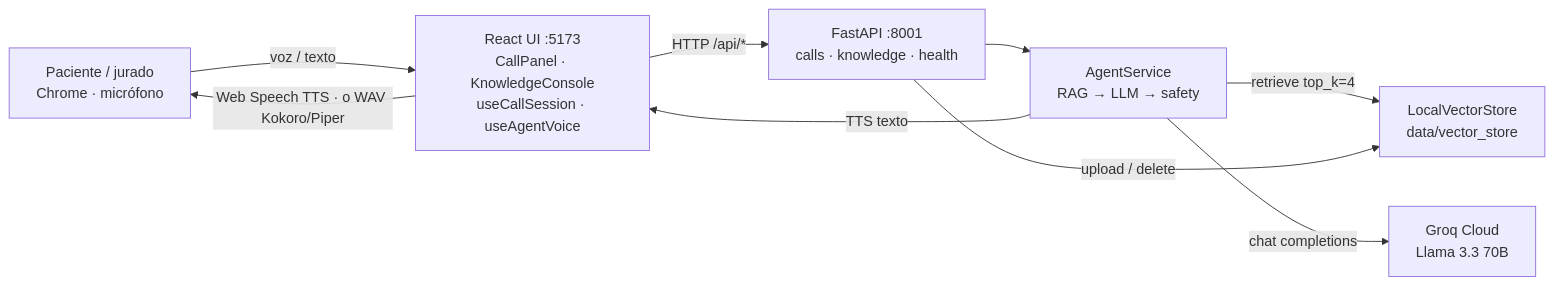
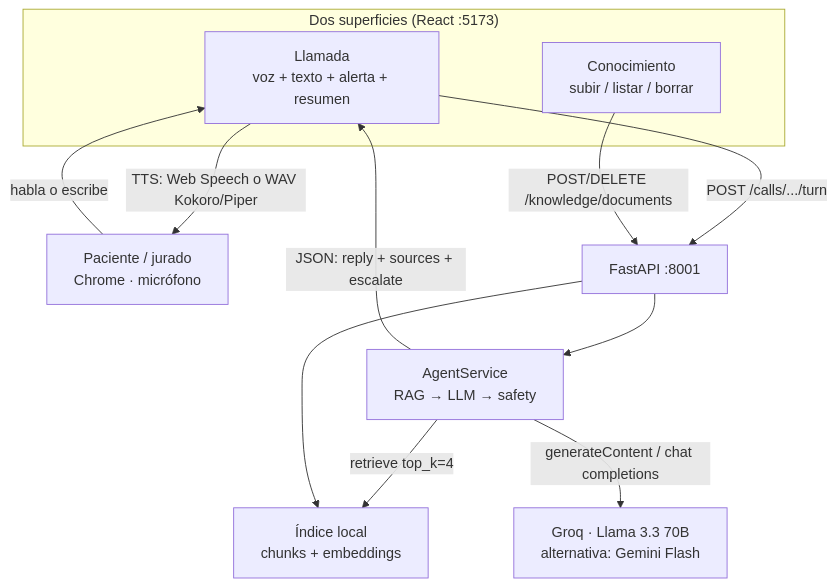
The first of 6 diagrams in ARCHITECTURE.md (jfernand196/tech-sphere-voice-agent), drawn with Mermaid before and after one commit. The commit also changed other lines of this file, not shown here.

Commit message:
Rewrite architecture doc so a jury can audit boxes against code.

````diff
--- a/ARCHITECTURE.md
+++ b/ARCHITECTURE.md
@@ -12,18 +27,23 @@
 ```mermaid
-flowchart LR
+flowchart TB
+  subgraph superficies["Dos superficies (React :5173)"]
+    Call["Llamada<br/>voz + texto + alerta + resumen"]
+    Know["Conocimiento<br/>subir / listar / borrar"]
+  end
+
   Paciente["Paciente / jurado<br/>Chrome · micrófono"]
-  UI["React UI :5173<br/>CallPanel · KnowledgeConsole<br/>useCallSession · useAgentVoice"]
-  API["FastAPI :8001<br/>calls · knowledge · health"]
+  API["FastAPI :8001"]
   Agent["AgentService<br/>RAG → LLM → safety"]
-  Groq["Groq Cloud<br/>Llama 3.3 70B"]
-  Store["LocalVectorStore<br/>data/vector_store"]
+  Store["Índice local<br/>chunks + embeddings"]
+  LLM["Groq · Llama 3.3 70B<br/>alternativa: Gemini Flash"]
 
-  Paciente -->|voz / texto| UI
-  UI -->|HTTP /api/*| API
+  Paciente -->|habla o escribe| Call
+  Call -->|POST /calls/.../turn| API
+  Know -->|POST/DELETE /knowledge/documents| API
   API --> Agent
   Agent -->|retrieve top_k=4| Store
-  Agent -->|chat completions| Groq
-  API -->|upload / delete| Store
-  Agent -->|TTS texto| UI
-  UI -->|Web Speech TTS · o WAV Kokoro/Piper| Paciente
+  Agent -->|generateContent / chat completions| LLM
+  API --> Store
+  Agent -->|JSON: reply + sources + escalate| Call
+  Call -->|TTS: Web Speech o WAV Kokoro/Piper| Paciente
 ```
````
